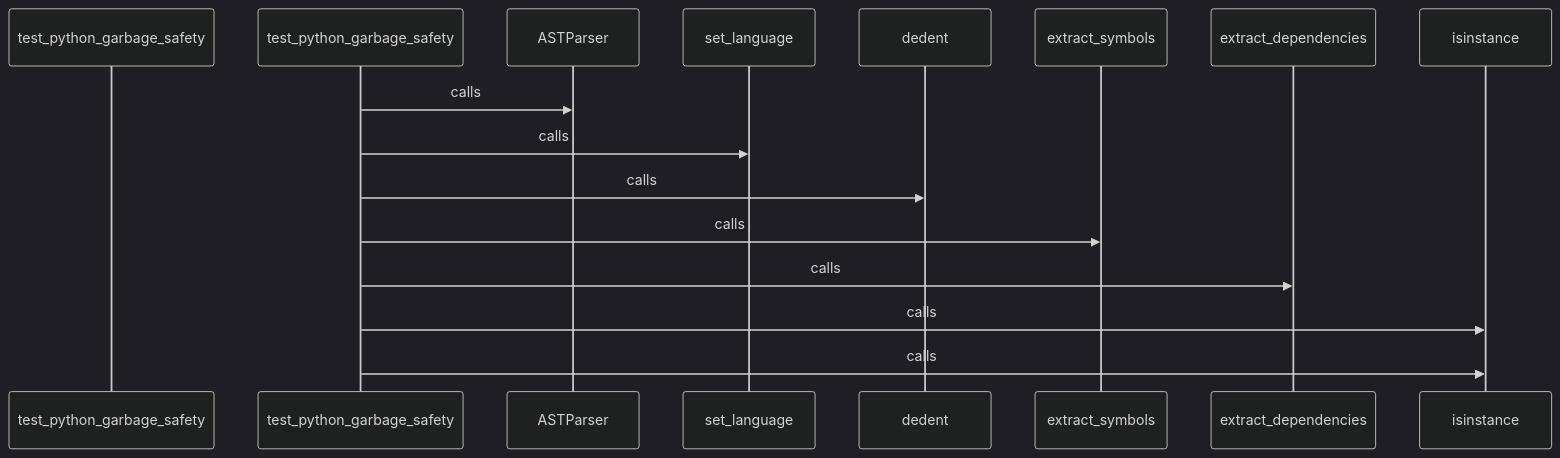
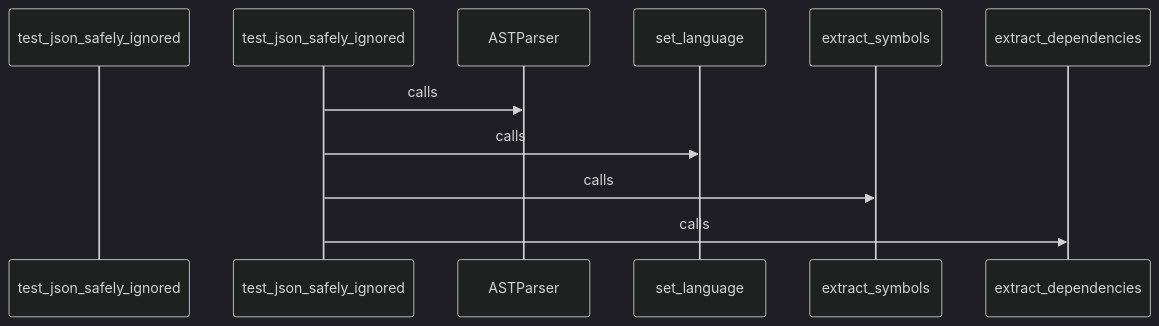
Before and after one commit to hazalkoom/DECODEx01: diagram 27 of 27 in docs/CALL_FLOW.md, drawn with Mermaid (dark theme). The commit also changed other lines of this file and 8 other files, not shown here.

````diff
--- a/docs/CALL_FLOW.md
+++ b/docs/CALL_FLOW.md
@@ -1135,33 +1001,21 @@
 ```mermaid
 sequenceDiagram
-    participant Start as test_python_garbage_safety
+    participant Start as test_json_safely_ignored
 
 
-    test_python_garbage_safety->>ASTParser: calls
+    test_json_safely_ignored->>ASTParser: calls
 
 
 
-    test_python_garbage_safety->>set_language: calls
+    test_json_safely_ignored->>set_language: calls
 
 
 
-    test_python_garbage_safety->>dedent: calls
+    test_json_safely_ignored->>extract_symbols: calls
 
 
 
-    test_python_garbage_safety->>extract_symbols: calls
-
-
-
-    test_python_garbage_safety->>extract_dependencies: calls
-
-
-
-    test_python_garbage_safety->>isinstance: calls
-
-
-
-    test_python_garbage_safety->>isinstance: calls
+    test_json_safely_ignored->>extract_dependencies: calls
 
 
 ```
````
